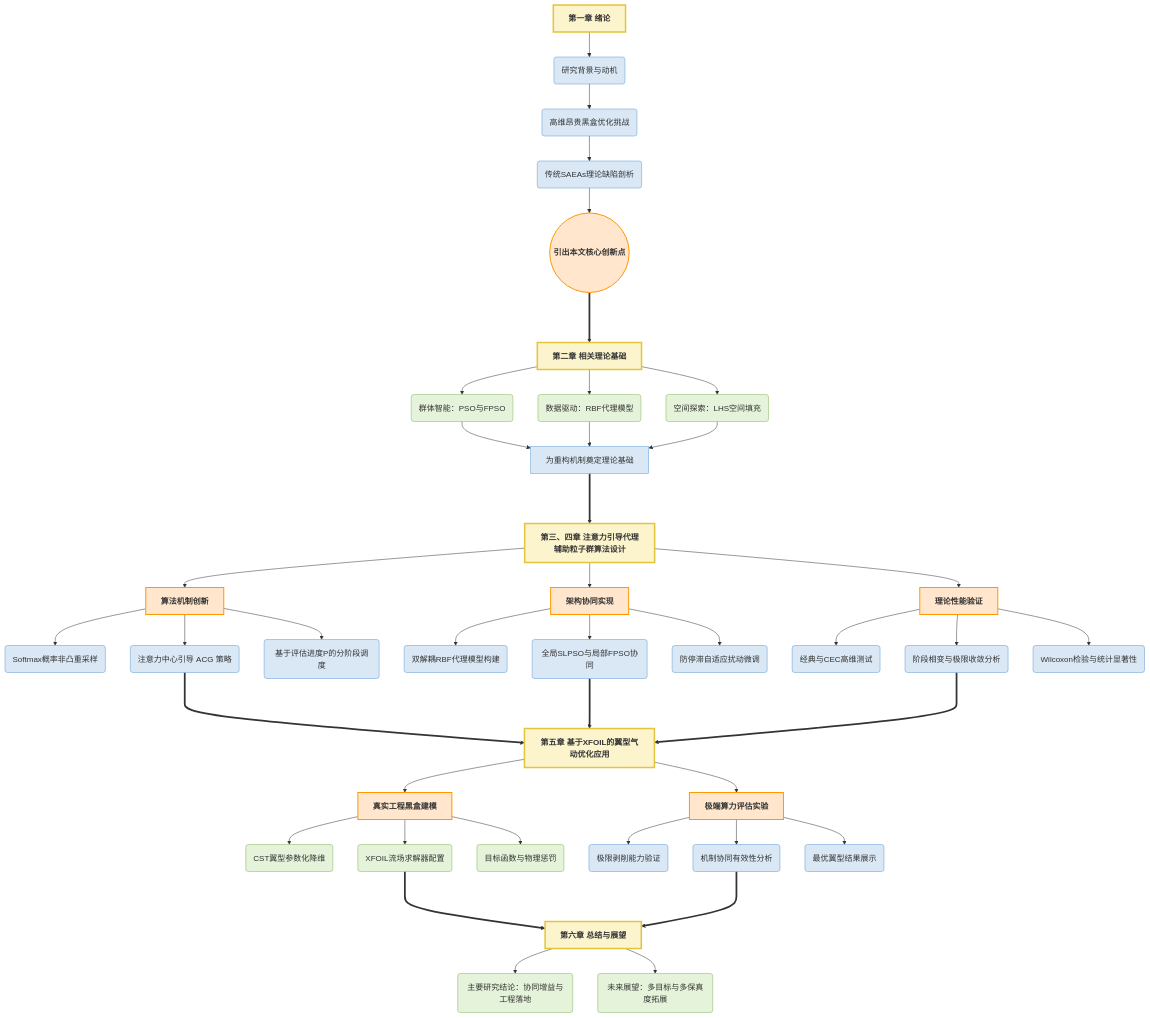
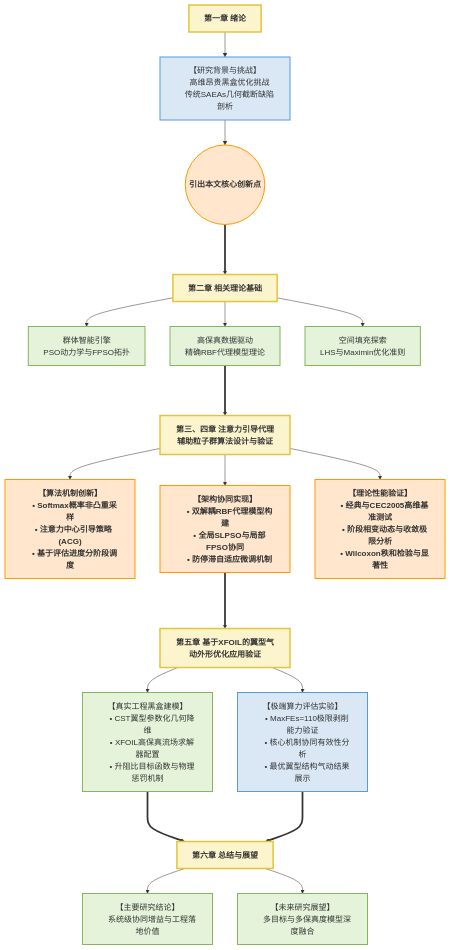
The diagram in all/未命名-4.md (cccklm/iodraw-files), drawn with Mermaid before and after one commit.

Commit message:
2026-03-11 12:28:16 update

````diff
--- a/all/未命名-4.md
+++ b/all/未命名-4.md
@@ -1,70 +1,64 @@
 ```mermaid
 flowchart TD
-    %% 定义主题颜色样式 (深度模仿学长图配色)
-    classDef mainNode fill:#fcf4cd,stroke:#e5c43d,stroke-width:3px,color:#333,font-weight:bold;
+    %% 定义主题颜色样式 
+    classDef mainNode fill:#fcf4cd,stroke:#e5c43d,stroke-width:3px,color:#333,font-weight:bold,font-size:16px;
     classDef highlight fill:#ffe6cc,stroke:#ff9900,stroke-width:2px,color:#333,font-weight:bold;
-    classDef lightGreen fill:#e4f3d9,stroke:#85b55c,stroke-width:1px,color:#333;
-    classDef lightBlue fill:#dae8f5,stroke:#5b9bd5,stroke-width:1px,color:#333;
+    classDef lightGreen fill:#e4f3d9,stroke:#85b55c,stroke-width:2px,color:#333;
+    classDef lightBlue fill:#dae8f5,stroke:#5b9bd5,stroke-width:2px,color:#333;
 
-    %% 【模块一：第一章】
-    CH1[第一章 绪论]:::mainNode
-    CH1 --> B1(研究背景与动机):::lightBlue
-    B1 --> B2(高维昂贵黑盒优化挑战):::lightBlue
-    B2 --> B3(传统SAEAs理论缺陷剖析):::lightBlue
-    B3 --> B4((引出本文核心创新点)):::highlight
+    %% --- 模块一与模块二 ---
+    CH1["第一章 绪论"]:::mainNode --> B1["【研究背景与挑战】
+    高维昂贵黑盒优化挑战
+    传统SAEAs几何截断缺陷剖析"]:::lightBlue
+    
+    B1 --> B2(("引出本文核心创新点")):::highlight
 
-    %% 强制垂直连接线
-    B4 ===> CH2
+    B2 ===> CH2["第二章 相关理论基础"]:::mainNode
 
-    %% 【模块二：第二章】
-    CH2[第二章 相关理论基础]:::mainNode
-    CH2 --> T1(群体智能：PSO与FPSO):::lightGreen
-    CH2 --> T2(数据驱动：RBF代理模型):::lightGreen
-    CH2 --> T3(空间探索：LHS空间填充):::lightGreen
-    T1 & T2 & T3 --> T4[为重构机制奠定理论基础]:::lightBlue
+    CH2 --> T1["群体智能引擎
+    PSO动力学与FPSO拓扑"]:::lightGreen
+    CH2 --> T2["高保真数据驱动
+    精确RBF代理模型理论"]:::lightGreen
+    CH2 --> T3["空间填充探索
+    LHS与Maximin优化准则"]:::lightGreen
 
-    %% 强制垂直连接线
-    T4 ===> CH3
+    %% --- 模块三 ---
+    T2 ===> CH3["第三、四章 注意力引导代理辅助粒子群算法设计与验证"]:::mainNode
 
-    %% 【模块三：第三、四章】
-    CH3[第三、四章 注意力引导代理辅助粒子群算法设计]:::mainNode
-    CH3 --> D1[算法机制创新]:::highlight
-    CH3 --> D2[架构协同实现]:::highlight
-    CH3 --> D3[理论性能验证]:::highlight
+    CH3 --> D1["【算法机制创新】
+    • Softmax概率非凸重采样
+    • 注意力中心引导策略 (ACG)
+    • 基于评估进度分阶段调度"]:::highlight
 
-    D1 --> D1a(Softmax概率非凸重采样):::lightBlue
-    D1 --> D1b(注意力中心引导 ACG 策略):::lightBlue
-    D1 --> D1c(基于评估进度P的分阶段调度):::lightBlue
+    CH3 --> D2["【架构协同实现】
+    • 双解耦RBF代理模型构建
+    • 全局SLPSO与局部FPSO协同
+    • 防停滞自适应微调机制"]:::highlight
 
-    D2 --> D2a(双解耦RBF代理模型构建):::lightBlue
-    D2 --> D2b(全局SLPSO与局部FPSO协同):::lightBlue
-    D2 --> D2c(防停滞自适应扰动微调):::lightBlue
+    CH3 --> D3["【理论性能验证】
+    • 经典与CEC2005高维基准测试
+    • 阶段相变动态与收敛极限分析
+    • Wilcoxon秩和检验与显著性"]:::highlight
 
-    D3 --> D3a(经典与CEC高维测试):::lightBlue
-    D3 --> D3b(阶段相变与极限收敛分析):::lightBlue
-    D3 --> D3c(Wilcoxon检验与统计显著性):::lightBlue
+    %% --- 模块四 ---
+    D2 ===> CH5["第五章 基于XFOIL的翼型气动外形优化应用验证"]:::mainNode
 
-    %% 强制垂直连接线
-    D1b & D2b & D3b ===> CH5
+    CH5 --> A1["【真实工程黑盒建模】
+    • CST翼型参数化几何降维
+    • XFOIL高保真流场求解器配置
+    • 升阻比目标函数与物理惩罚机制"]:::lightGreen
 
-    %% 【模块四：第五章】
-    CH5[第五章 基于XFOIL的翼型气动优化应用]:::mainNode
-    CH5 --> A1[真实工程黑盒建模]:::highlight
-    CH5 --> A2[极端算力评估实验]:::highlight
+    CH5 --> A2["【极端算力评估实验】
+    • MaxFEs=110极限剥削能力验证
+    • 核心机制协同有效性分析
+    • 最优翼型结构气动结果展示"]:::lightBlue
 
-    A1 --> A1a(CST翼型参数化降维):::lightGreen
-    A1 --> A1b(XFOIL流场求解器配置):::lightGreen
-    A1 --> A1c(目标函数与物理惩罚):::lightGreen
+    %% --- 模块五 ---
+    A1 & A2 ===> CH6["第六章 总结与展望"]:::mainNode
 
-    A2 --> A2a(极限剥削能力验证):::lightBlue
-    A2 --> A2b(机制协同有效性分析):::lightBlue
-    A2 --> A2c(最优翼型结果展示):::lightBlue
-
-    %% 强制垂直连接线
-    A1b & A2b ===> CH6
-
-    %% 【模块五：第六章】
-    CH6[第六章 总结与展望]:::mainNode
-    CH6 --> C1(主要研究结论：协同增益与工程落地):::lightGreen
-    CH6 --> C2(未来展望：多目标与多保真度拓展):::lightGreen
+    CH6 --> C1["【主要研究结论】
+    系统级协同增益与工程落地价值"]:::lightGreen
+    
+    CH6 --> C2["【未来研究展望】
+    多目标与多保真度模型深度融合"]:::lightGreen
 ```
````
